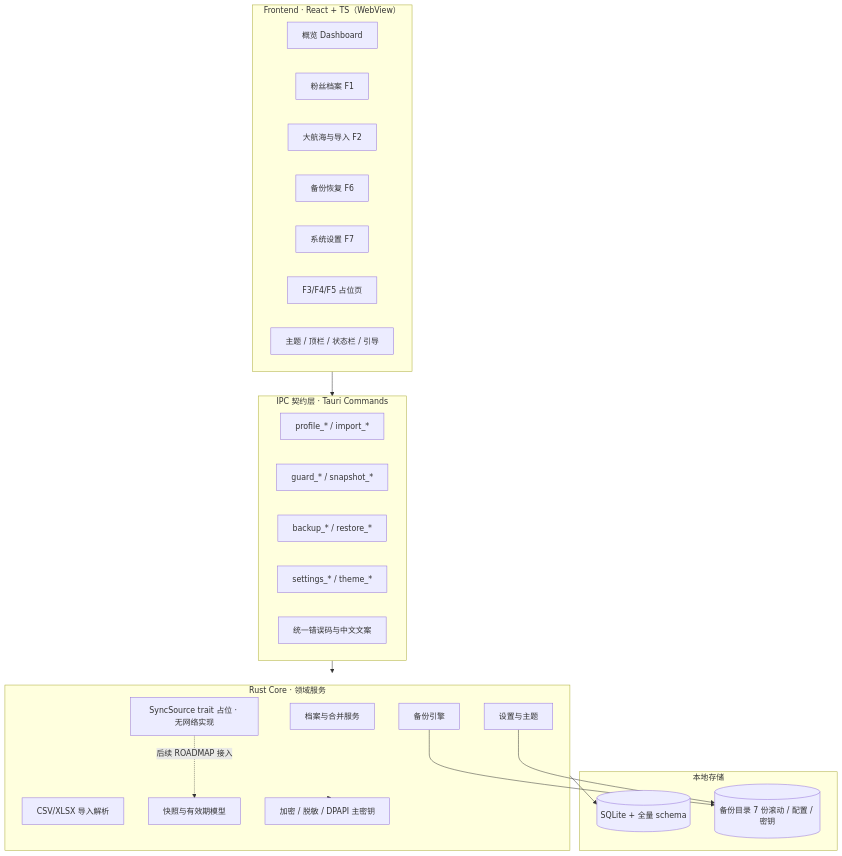
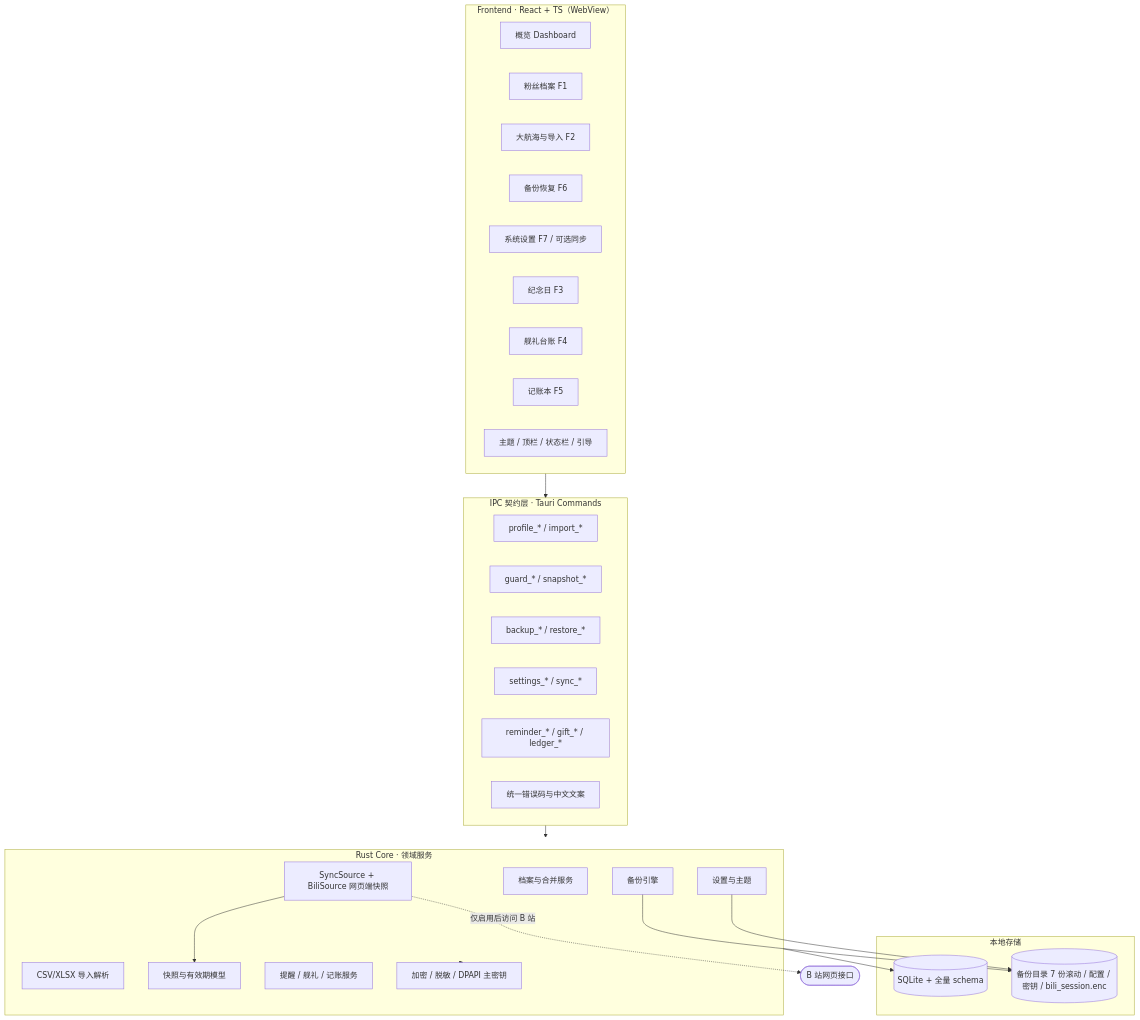
One commit to TankGH/vtuber-fans-admin changed the diagram in docs/ARCHITECTURE.md. Above: the diagram before and after it, drawn with Mermaid. The commit also changed other lines of this file and 42 other files, not shown here.

Commit message:
feat: v0.2.0 reminders, gift ledger, bookkeeping and opt-in Bilibili sync

````diff
--- a/docs/ARCHITECTURE.md
+++ b/docs/ARCHITECTURE.md
@@ -33,38 +33,43 @@
 ```mermaid
 flowchart TB
   subgraph UI["Frontend · React + TS（WebView）"]
     P1[概览 Dashboard]
     P2[粉丝档案 F1]
     P3[大航海与导入 F2]
     P4[备份恢复 F6]
-    P5[系统设置 F7]
-    PX[F3/F4/F5 占位页]
+    P5[系统设置 F7 / 可选同步]
+    P6[纪念日 F3]
+    P7[舰礼台账 F4]
+    P8[记账本 F5]
     SH[主题 / 顶栏 / 状态栏 / 引导]
   end
   subgraph IPC["IPC 契约层 · Tauri Commands"]
     C1[profile_* / import_*]
     C2[guard_* / snapshot_*]
     C3[backup_* / restore_*]
-    C4[settings_* / theme_*]
+    C4[settings_* / sync_*]
+    C5[reminder_* / gift_* / ledger_*]
     ERR[统一错误码与中文文案]
   end
   subgraph CORE["Rust Core · 领域服务"]
     S1[档案与合并服务]
     S2[CSV/XLSX 导入解析]
     S3[快照与有效期模型]
     S4[备份引擎]
     S5[设置与主题]
+    S6[提醒 / 舰礼 / 记账服务]
     CR[加密 / 脱敏 / DPAPI 主密钥]
-    SYNC[SyncSource trait 占位 · 无网络实现]
+    SYNC[SyncSource + BiliSource 网页端快照]
   end
   subgraph DATA["本地存储"]
     DB[(SQLite + 全量 schema)]
-    FILES[(备份目录 7 份滚动 / 配置 / 密钥)]
+    FILES[(备份目录 7 份滚动 / 配置 / 密钥 / bili_session.enc)]
   end
   UI --> IPC --> CORE
   CORE --> CR
   CORE --> DB
   S4 --> FILES
   S5 --> FILES
-  SYNC -. 后续 ROADMAP 接入 .-> S3
+  SYNC --> S3
+  SYNC -. 仅启用后访问 B 站 .-> WEB([B 站网页接口])
 ```
````
